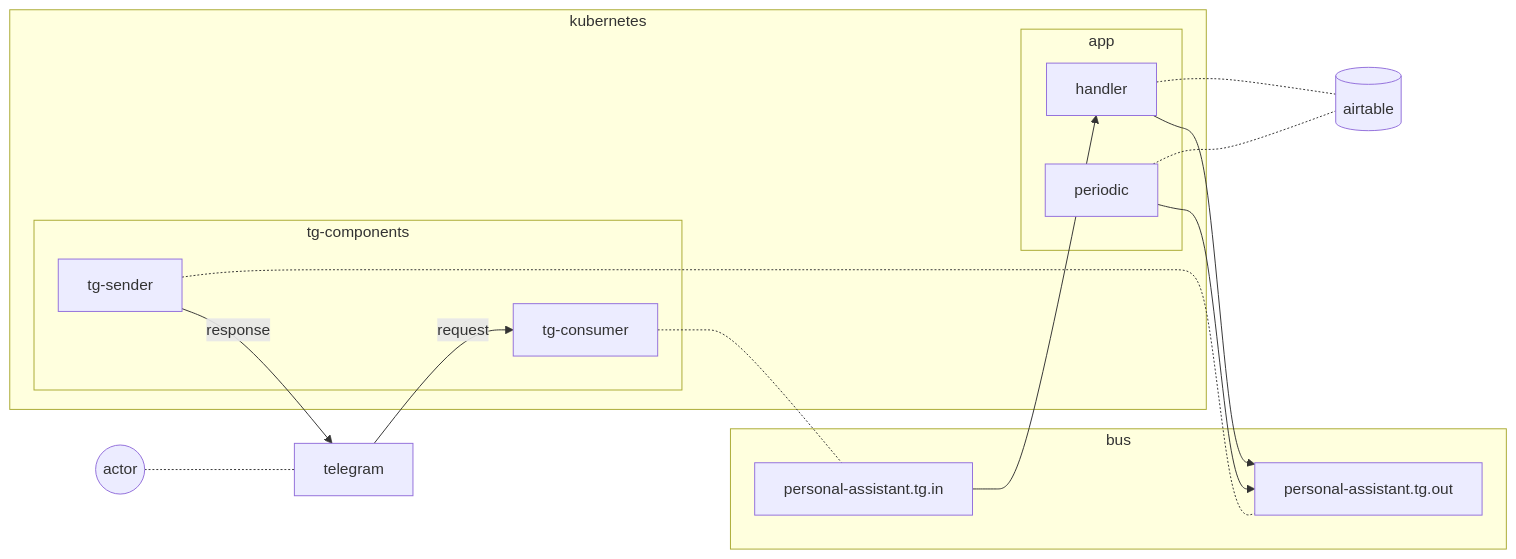
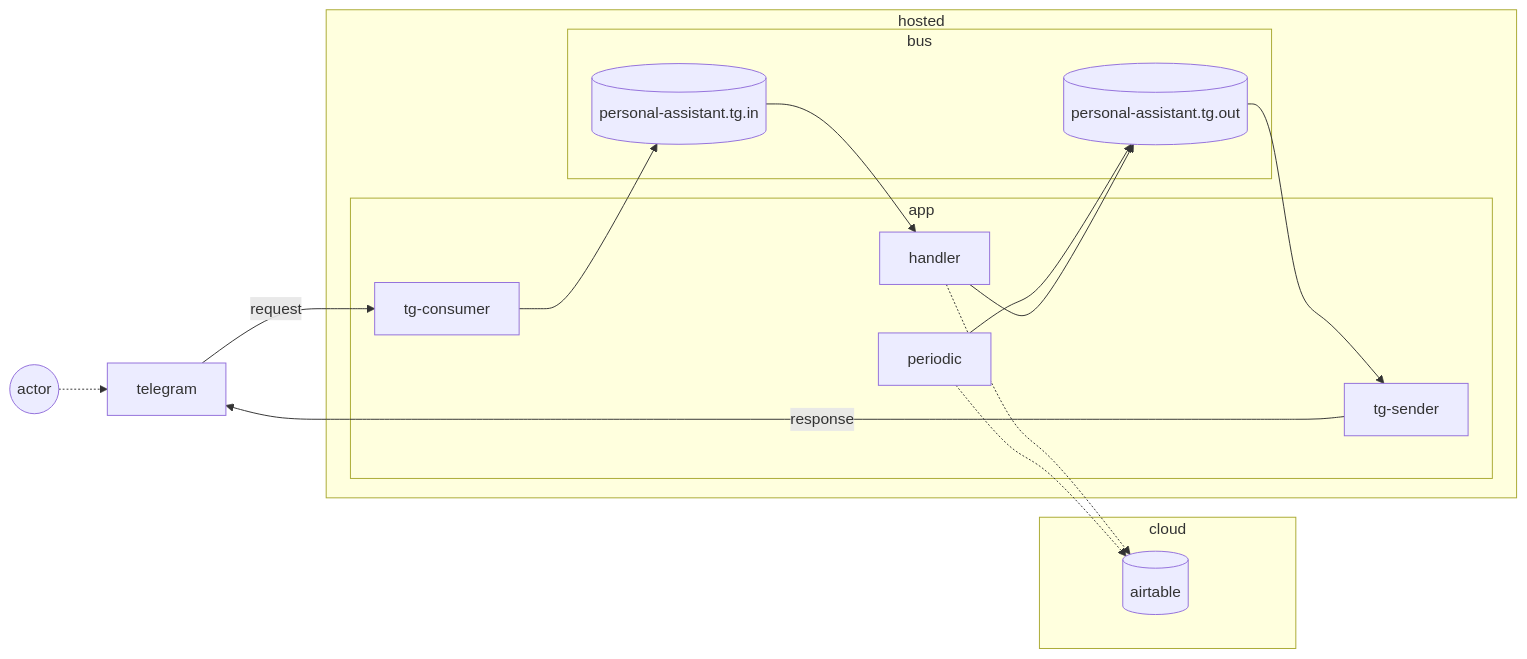
Before and after one commit to agrrh/tg-personal-assistant: the diagram in README.md, drawn with Mermaid.

````diff
--- a/README.md
+++ b/README.md
@@ -9,37 +9,38 @@
 ```mermaid
 graph LR
   actor((actor))
   telegram
-  airtable[(airtable)]
 
-  subgraph bus
-    personal-assistant.tg.in
-    personal-assistant.tg.out
+  subgraph cloud
+    airtable[(airtable)]
   end
 
-  subgraph kubernetes
-    subgraph tg-components
-      tg-consumer
-      tg-sender
+  subgraph hosted
+    subgraph bus
+      personal-assistant.tg.in[(personal-assistant.tg.in)]
+      personal-assistant.tg.out[(personal-assistant.tg.out)]
     end
 
     subgraph app
+      tg-consumer
+      tg-sender
+
       handler
       periodic
     end
   end
 
-  tg-consumer -.- personal-assistant.tg.in
-  tg-sender -.- personal-assistant.tg.out
+  actor -.-> telegram
 
-  actor -.- telegram
+  tg-consumer --> personal-assistant.tg.in
+  personal-assistant.tg.out --> tg-sender
 
-  handler -.- airtable
-  periodic -.- airtable
+  handler -.-> airtable
+  periodic -.-> airtable
 
   periodic --> personal-assistant.tg.out
 
   telegram -->|request| tg-consumer
   personal-assistant.tg.in --> handler --> personal-assistant.tg.out
   tg-sender -->|response| telegram
 ```
````
